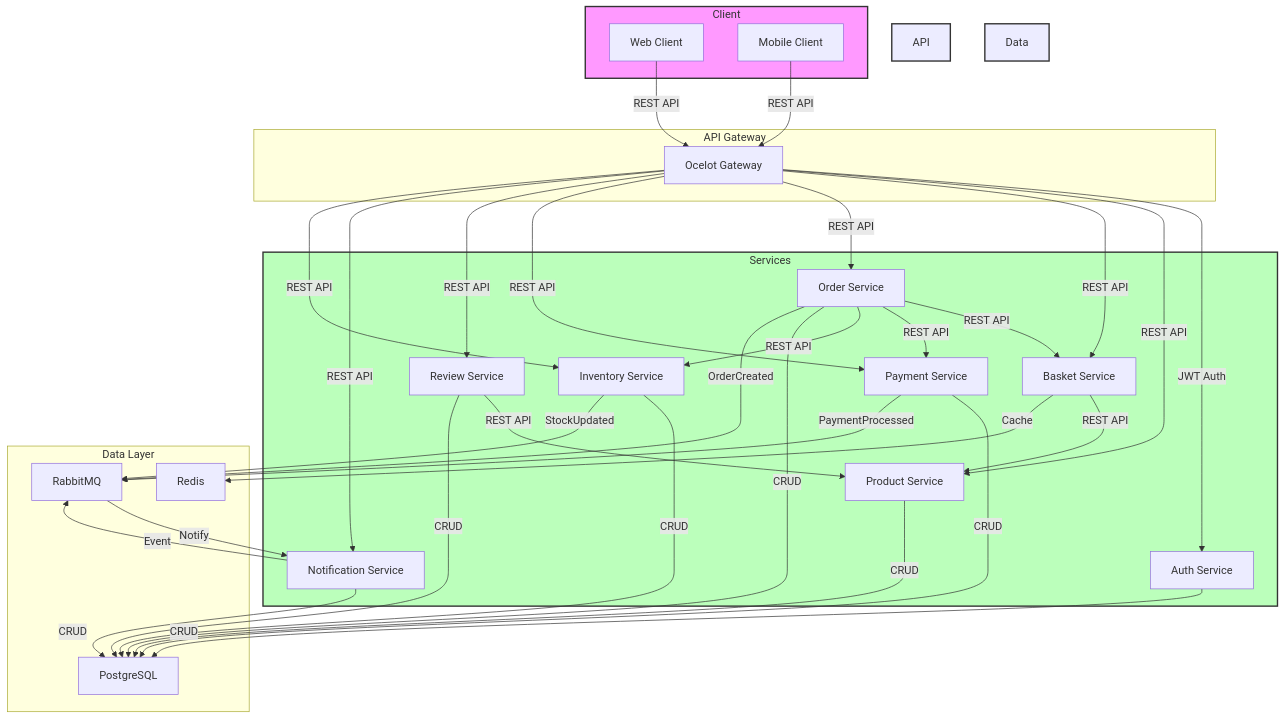
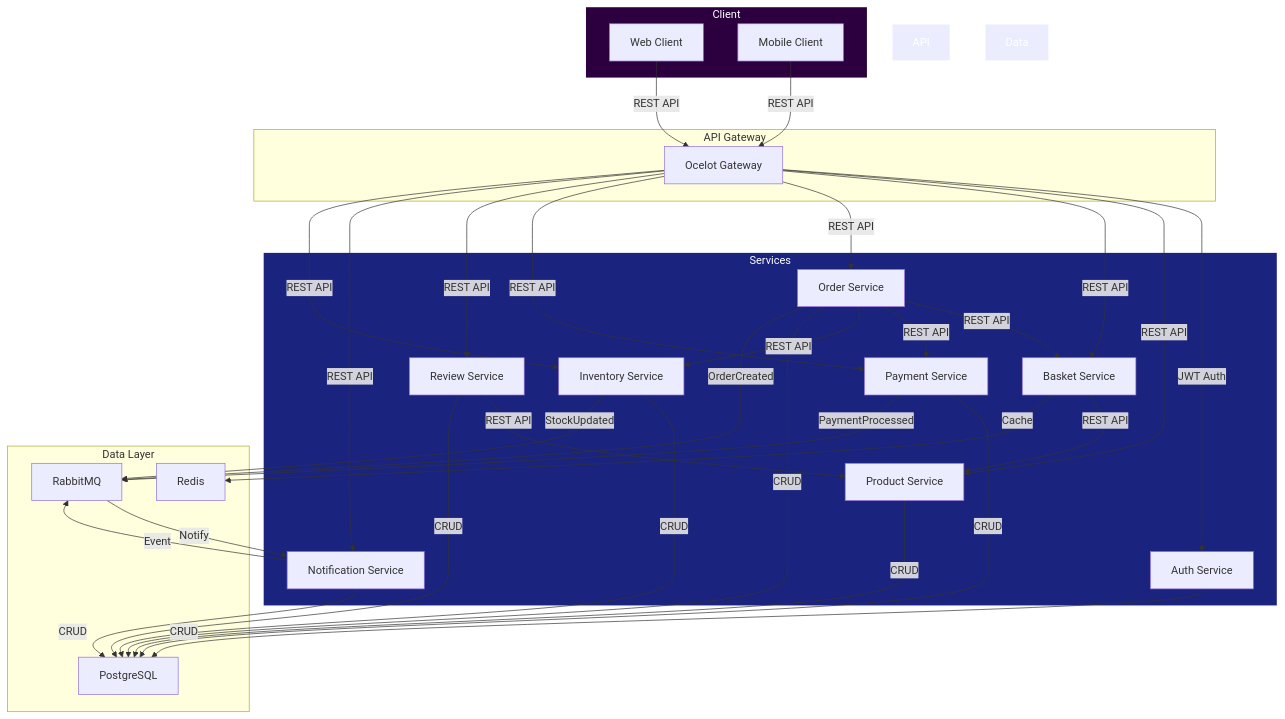
One commit to kalzimkholodros/8service changed the first of 2 diagrams in README.md. Above: the diagram before and after it, drawn with Mermaid. The commit also changed other lines of this file, not shown here.

````diff
--- a/README.md
+++ b/README.md
@@ -9,71 +9,71 @@
 ```mermaid
 graph TD
     subgraph Client
         A[Web Client]
         B[Mobile Client]
     end
 
     subgraph API Gateway
         C[Ocelot Gateway]
     end
 
     subgraph Services
         D[Auth Service]
         E[Product Service]
         F[Basket Service]
         G[Order Service]
         H[Payment Service]
         I[Review Service]
         J[Notification Service]
         K[Inventory Service]
     end
 
     subgraph Data Layer
         L[PostgreSQL]
         M[Redis]
         N[RabbitMQ]
     end
 
     %% Client to Gateway
     A -->|REST API| C
     B -->|REST API| C
 
     %% Gateway to Services
     C -->|JWT Auth| D
     C -->|REST API| E
     C -->|REST API| F
     C -->|REST API| G
     C -->|REST API| H
     C -->|REST API| I
     C -->|REST API| J
     C -->|REST API| K
 
     %% Service to Service Communication
     F -->|REST API| E
     G -->|REST API| F
     G -->|REST API| H
     G -->|REST API| K
     I -->|REST API| E
     J -->|Event| N
 
     %% Services to Data Layer
     D -->|CRUD| L
     E -->|CRUD| L
     F -->|Cache| M
     G -->|CRUD| L
     H -->|CRUD| L
     I -->|CRUD| L
     J -->|CRUD| L
     K -->|CRUD| L
 
     %% Event Communication
     G -->|OrderCreated| N
     H -->|PaymentProcessed| N
     K -->|StockUpdated| N
     N -->|Notify| J
 
-    style Client fill:#f9f,stroke:#333,stroke-width:2px
-    style API Gateway fill:#bbf,stroke:#333,stroke-width:2px
-    style Services fill:#bfb,stroke:#333,stroke-width:2px
-    style Data Layer fill:#fbb,stroke:#333,stroke-width:2px
+    style Client fill:#2c003e,stroke:#fff,stroke-width:2px,color:#fff
+    style API Gateway fill:#4a148c,stroke:#fff,stroke-width:2px,color:#fff
+    style Services fill:#1a237e,stroke:#fff,stroke-width:2px,color:#fff
+    style Data Layer fill:#311b92,stroke:#fff,stroke-width:2px,color:#fff
 ```
````
